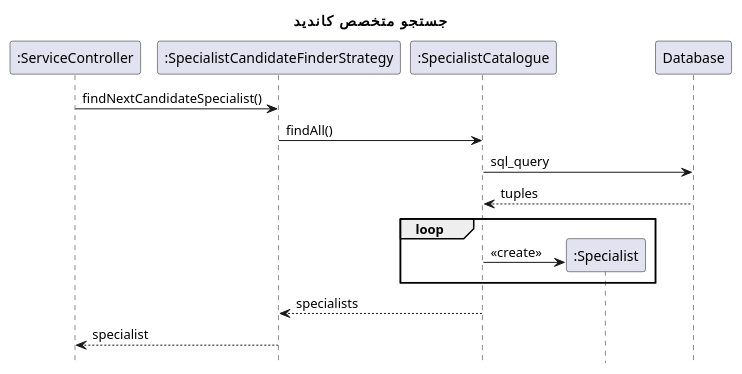
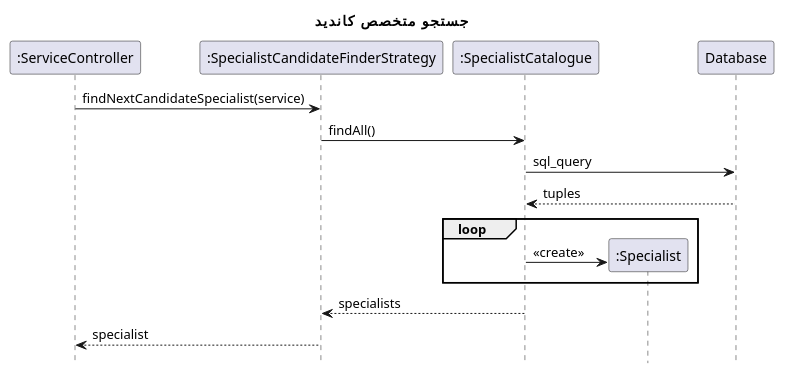
One commit to Khedmatkar-OOD-spring-2022/Model-and-Documents changed the diagram in design sequence diagams/findNextCandidate.plantuml. Above: the diagram before and after it, drawn with PlantUML. The commit also changed 26 other files, not shown here.

```diff
--- a/design sequence diagams/findNextCandidate.plantuml
+++ b/design sequence diagams/findNextCandidate.plantuml
@@ -1,19 +1,19 @@
 @startuml findNextCandidate
 hide footbox
 title "جستجو متخصص کاندید"
 participant ":ServiceController" as ServiceController
 participant ":SpecialistCandidateFinderStrategy" as SpecialistCandidateFinderStrategy
 participant ":SpecialistCatalogue" as SpecialistCatalogue
 participant ":Specialist" as Specialist
 
-ServiceController -> SpecialistCandidateFinderStrategy: findNextCandidateSpecialist()
+ServiceController -> SpecialistCandidateFinderStrategy: findNextCandidateSpecialist(service)
 SpecialistCandidateFinderStrategy -> SpecialistCatalogue: findAll()
 SpecialistCatalogue -> Database: sql_query
 return tuples
 loop
     SpecialistCatalogue -> Specialist **: <<create>>
 end
 SpecialistCatalogue --> SpecialistCandidateFinderStrategy: specialists
 SpecialistCandidateFinderStrategy --> ServiceController: specialist
 
 @enduml
```
